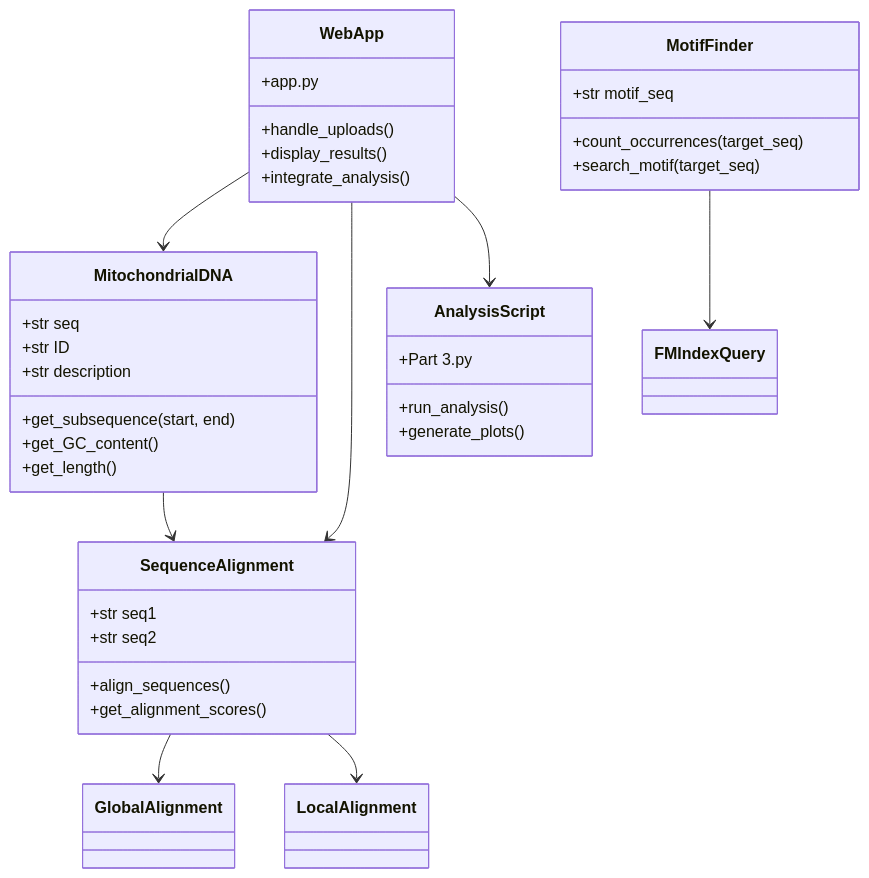
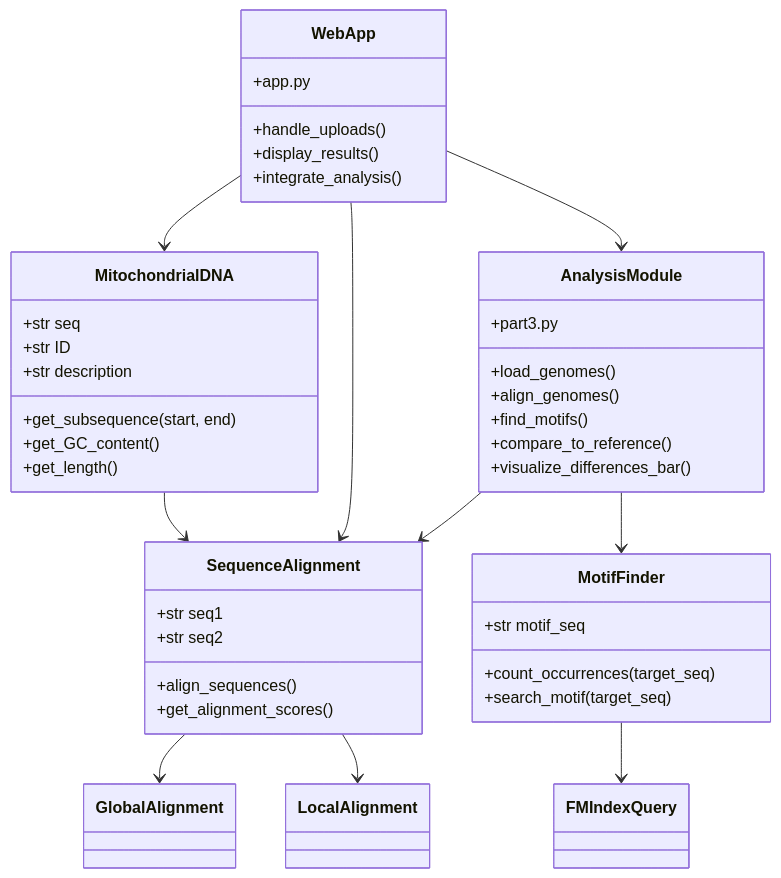
The diagram in README.md (hades-k/Advanced_prog), drawn with Mermaid before and after one commit. The commit also changed other lines of this file, not shown here.

````diff
--- a/README.md
+++ b/README.md
@@ -60,45 +60,50 @@
 ```mermaid
 classDiagram
     class MitochondrialDNA {
         +str seq
         +str ID
         +str description
         +get_subsequence(start, end)
         +get_GC_content()
         +get_length()
     }
     
     class MotifFinder {
         +str motif_seq
         +count_occurrences(target_seq)
         +search_motif(target_seq)
     }
     
     class SequenceAlignment {
         +str seq1
         +str seq2
         +align_sequences()
         +get_alignment_scores()
     }
     
     class WebApp {
         +app.py
         +handle_uploads()
         +display_results()
         +integrate_analysis()
     }
     
-    class AnalysisScript {
-        +Part 3.py
-        +run_analysis()
-        +generate_plots()
+    class AnalysisModule {
+        +part3.py
+        +load_genomes()
+        +align_genomes()
+        +find_motifs()
+        +compare_to_reference()
+        +visualize_differences_bar()
     }
     
     MitochondrialDNA --> SequenceAlignment
     MotifFinder --> FMIndexQuery
     SequenceAlignment --> GlobalAlignment
     SequenceAlignment --> LocalAlignment
     WebApp --> MitochondrialDNA
     WebApp --> SequenceAlignment
-    WebApp --> AnalysisScript
+    WebApp --> AnalysisModule
+    AnalysisModule --> MotifFinder
+    AnalysisModule --> SequenceAlignment
 ```
````
